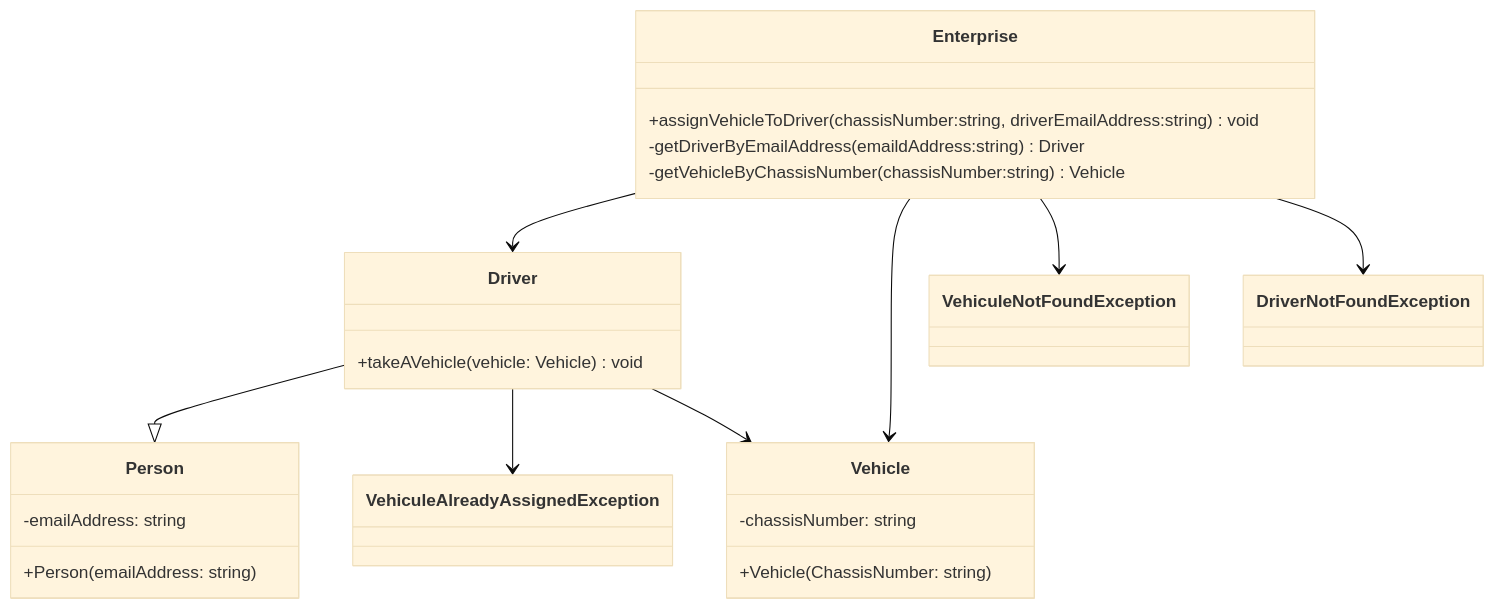
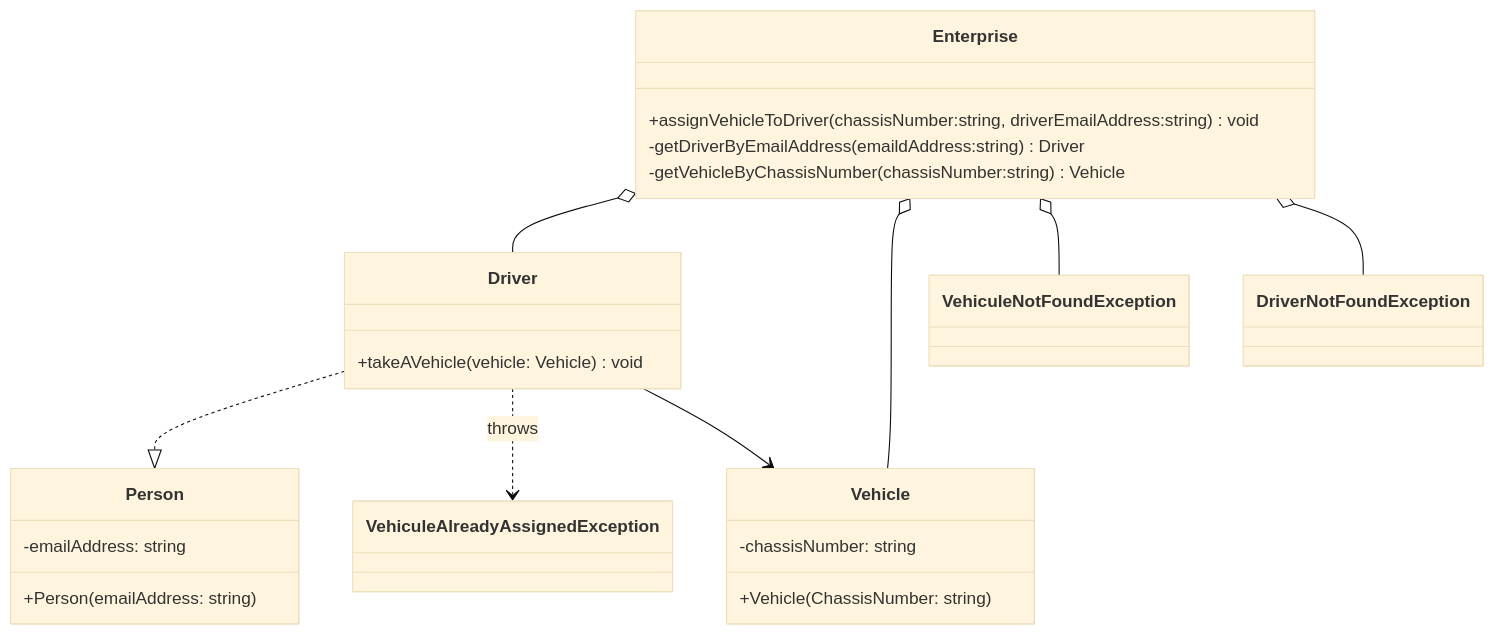
One commit to EthannSchneider/SequenceToCode changed the diagram in diagram.md. Above: the diagram before and after it, drawn with Mermaid (base theme). The commit also changed 1 other file, not shown here.

Commit message:
refactor: improve naming conventions and enhance class structure in vehicle management

````diff
--- a/diagram.md
+++ b/diagram.md
@@ -1,40 +1,40 @@
 ```mermaid
 classDiagram
     class Enterprise {
         +assignVehicleToDriver(chassisNumber:string, driverEmailAddress:string) void
         -getDriverByEmailAddress(emaildAddress:string) Driver
         -getVehicleByChassisNumber(chassisNumber:string) Vehicle
     }
 
     class Person {
         -emailAddress: string
         +Person(emailAddress: string)
     }
 
     class Driver {
         +takeAVehicle(vehicle: Vehicle) void
     }
 
     class Vehicle {
         -chassisNumber: string
         +Vehicle(ChassisNumber: string)
     }
 
     class VehiculeAlreadyAssignedException
 
     class VehiculeNotFoundException
 
     class DriverNotFoundException
 
-    Driver --|> Person
+    Driver ..|> Person
 
-    Enterprise --> Driver
-    Enterprise --> Vehicle
+    Enterprise o-- Driver
+    Enterprise o-- Vehicle
 
-    Driver --> VehiculeAlreadyAssignedException
+    Driver ..> VehiculeAlreadyAssignedException : throws
 
     Driver --> Vehicle
 
-    Enterprise --> VehiculeNotFoundException
-    Enterprise --> DriverNotFoundException
+    Enterprise o-- VehiculeNotFoundException
+    Enterprise o-- DriverNotFoundException
 ```
````
